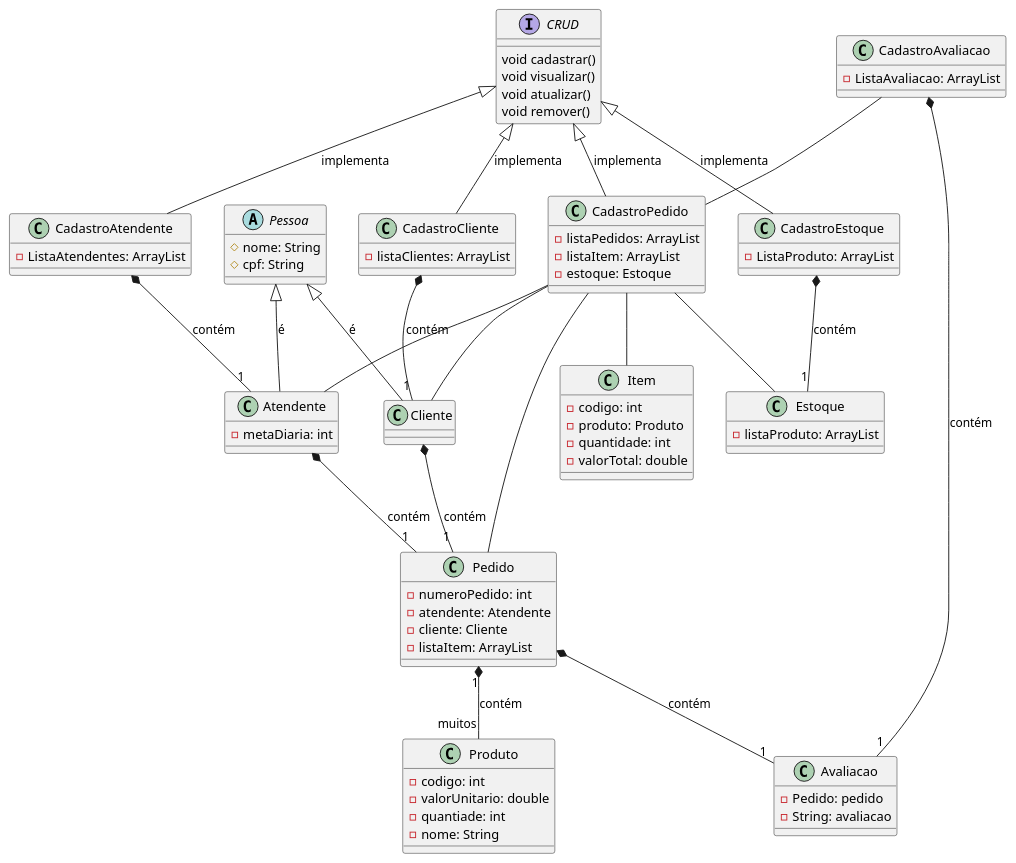
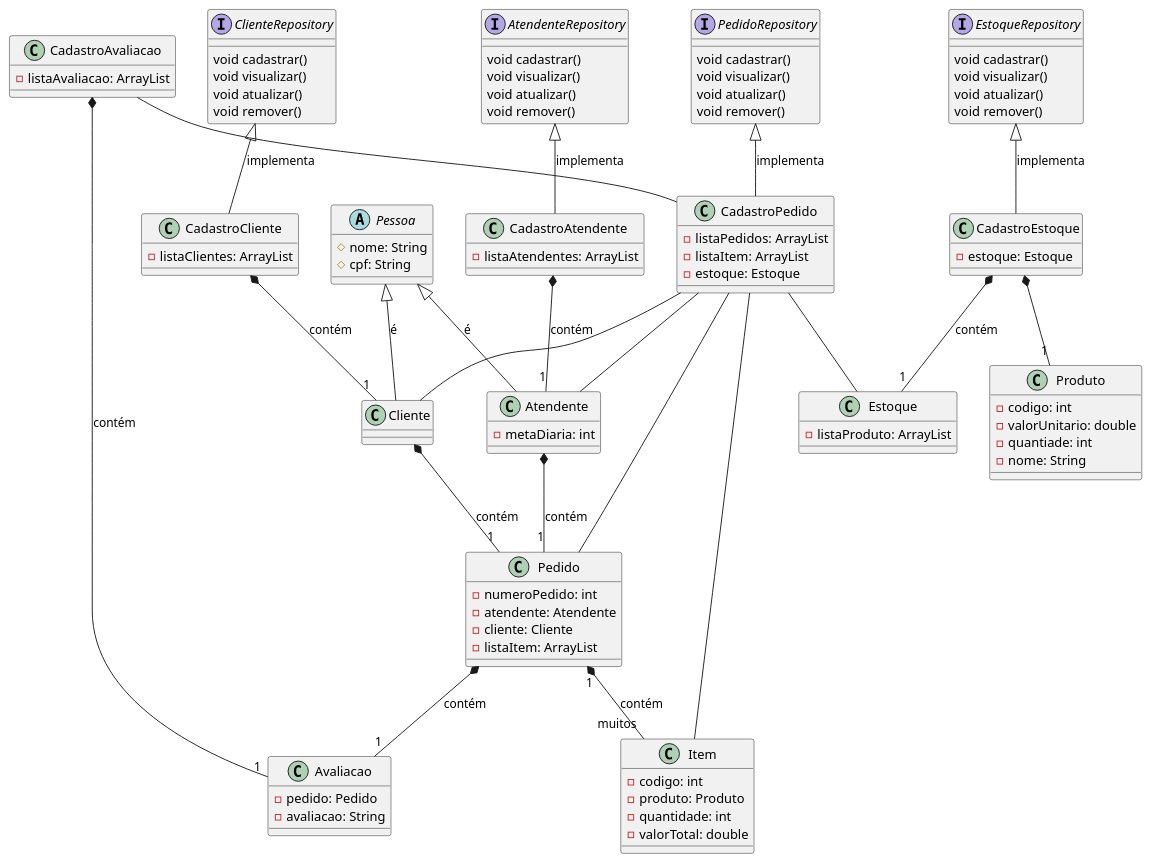
Before and after one commit to felipesoares-tech/ads: the diagram in ads3/poo/Semana7/aula01/lanchonete.plantuml, drawn with PlantUML.

Commit message:
poo: atualizando diagrama de classes

```diff
--- a/ads3/poo/Semana7/aula01/lanchonete.plantuml
+++ b/ads3/poo/Semana7/aula01/lanchonete.plantuml
@@ -1,94 +1,113 @@
 @startuml lanchonete
 abstract Class Pessoa{
     #nome: String
     #cpf: String
 }
 Class Pedido{
     -numeroPedido: int
     -atendente: Atendente
     -cliente: Cliente
     -listaItem: ArrayList
 }
 Class Avaliacao{
-    -Pedido: pedido
-    -String: avaliacao
+    -pedido: Pedido
+    -avaliacao: String
 }
 
-Interface CRUD{
+Interface ClienteRepository{
+    void cadastrar()
+    void visualizar()
+    void atualizar()
+    void remover()
+}
+Interface AtendenteRepository{
+    void cadastrar()
+    void visualizar()
+    void atualizar()
+    void remover()
+}
+Interface EstoqueRepository{
+    void cadastrar()
+    void visualizar()
+    void atualizar()
+    void remover()
+}
+
+Interface PedidoRepository{
     void cadastrar()
     void visualizar()
     void atualizar()
     void remover()
 }
 
 Class Item{
     -codigo: int
     -produto: Produto
     -quantidade: int
     -valorTotal: double
 }
 
 Class Produto{
     -codigo: int
     -valorUnitario: double
     -quantiade: int
     -nome: String
 }
 
 Class Estoque{
     -listaProduto: ArrayList
 }
 
-
 Class Cliente{
 
 }
 
 Class Atendente{
     -metaDiaria: int
 }
 
 Class CadastroCliente{
     -listaClientes: ArrayList
 }
 
 Class CadastroPedido{
     -listaPedidos: ArrayList
     -listaItem: ArrayList
     -estoque: Estoque
 
 }
 
 Class CadastroAtendente{
-    -ListaAtendentes: ArrayList
+    -listaAtendentes: ArrayList
 }
 
 Class CadastroEstoque{
-    -ListaProduto: ArrayList
+    -estoque: Estoque
 }
 
 Class CadastroAvaliacao{
-    -ListaAvaliacao: ArrayList
+    -listaAvaliacao: ArrayList
 }
 
 Pessoa <|-- Cliente: é
 Pessoa <|-- Atendente: é
-CRUD <|-- CadastroCliente: implementa
-CRUD <|-- CadastroAtendente: implementa
-CRUD <|-- CadastroEstoque: implementa
-CRUD <|-- CadastroPedido: implementa
+ClienteRepository <|-- CadastroCliente: implementa
+AtendenteRepository <|-- CadastroAtendente: implementa
+EstoqueRepository <|-- CadastroEstoque: implementa
+PedidoRepository <|-- CadastroPedido: implementa
 Cliente *-- "1" Pedido: contém
-Pedido "1" *-- "muitos" Produto : contém
+Pedido "1" *-- "muitos" Item : contém
 Atendente *-- "1" Pedido: contém
 Pedido *-- "1" Avaliacao: contém
 CadastroPedido -- Cliente
 CadastroPedido -- Atendente
+CadastroEstoque *-- "1" Produto
 CadastroPedido -- Item
 CadastroPedido -- Pedido
 CadastroPedido -- Estoque
 CadastroCliente *-- "1" Cliente: contém
 CadastroAtendente *-- "1" Atendente: contém
 CadastroEstoque *-- "1" Estoque: contém
 CadastroAvaliacao *-- "1" Avaliacao: contém
 CadastroAvaliacao -- CadastroPedido
 @enduml
```
